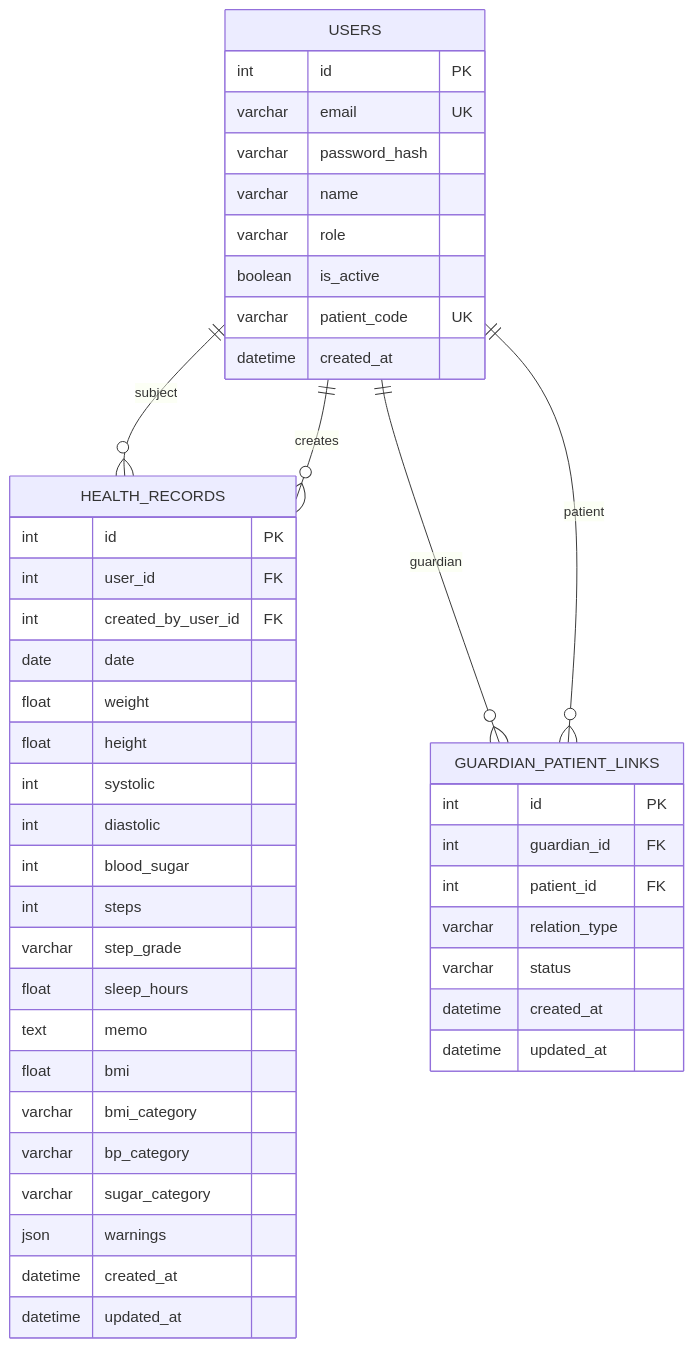
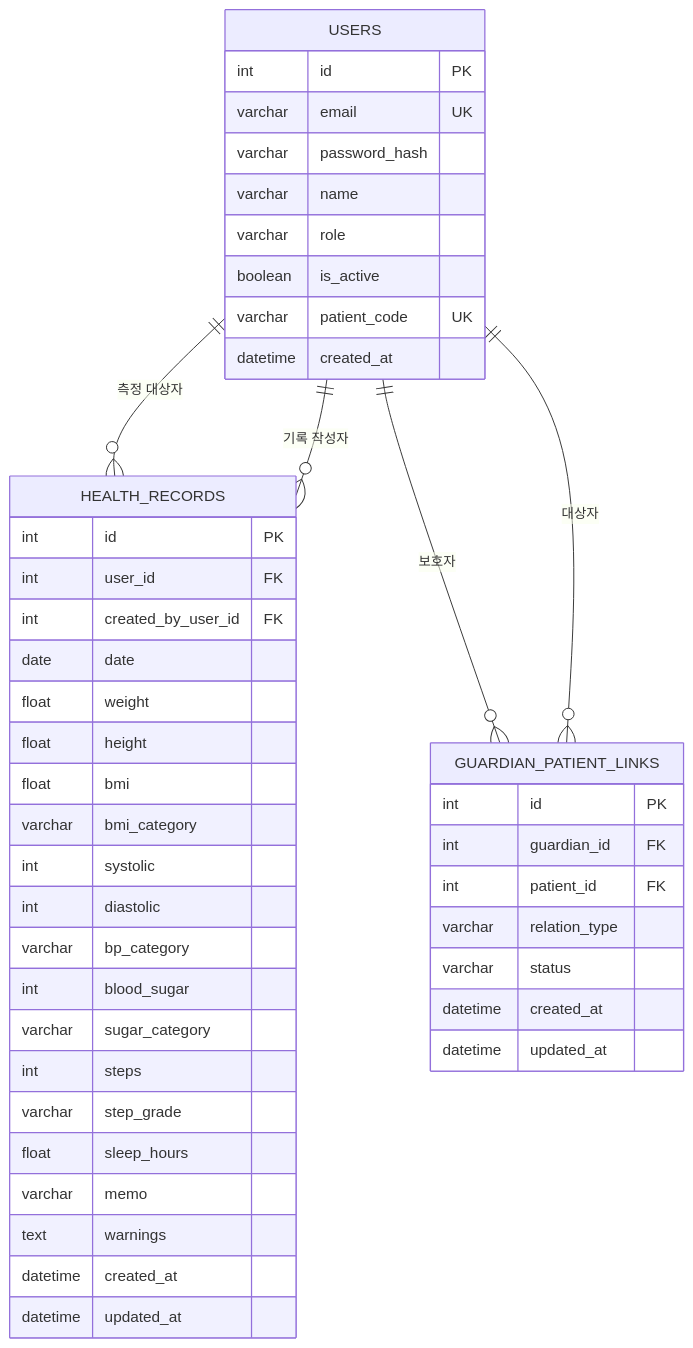
One commit to i-dAb-i/my-health-log-api changed the diagram in docs/erd.md. Above: the diagram before and after it, drawn with Mermaid. The commit also changed other lines of this file and 5 other files, not shown here.

Commit message:
docs: add final PRD ERD README and screenshots

````diff
--- a/docs/erd.md
+++ b/docs/erd.md
@@ -3,51 +17,51 @@
 ```mermaid
 erDiagram
-    USERS ||--o{ HEALTH_RECORDS : subject
-    USERS ||--o{ HEALTH_RECORDS : creates
-    USERS ||--o{ GUARDIAN_PATIENT_LINKS : guardian
-    USERS ||--o{ GUARDIAN_PATIENT_LINKS : patient
-
     USERS {
         int id PK
         varchar email UK
         varchar password_hash
         varchar name
         varchar role
         boolean is_active
         varchar patient_code UK
         datetime created_at
     }
 
     GUARDIAN_PATIENT_LINKS {
         int id PK
         int guardian_id FK
         int patient_id FK
         varchar relation_type
         varchar status
         datetime created_at
         datetime updated_at
     }
 
     HEALTH_RECORDS {
         int id PK
         int user_id FK
         int created_by_user_id FK
         date date
         float weight
         float height
+        float bmi
+        varchar bmi_category
         int systolic
         int diastolic
+        varchar bp_category
         int blood_sugar
+        varchar sugar_category
         int steps
         varchar step_grade
         float sleep_hours
-        text memo
-        float bmi
-        varchar bmi_category
-        varchar bp_category
-        varchar sugar_category
-        json warnings
+        varchar memo
+        text warnings
         datetime created_at
         datetime updated_at
     }
+
+    USERS ||--o{ HEALTH_RECORDS : "측정 대상자"
+    USERS ||--o{ HEALTH_RECORDS : "기록 작성자"
+    USERS ||--o{ GUARDIAN_PATIENT_LINKS : "보호자"
+    USERS ||--o{ GUARDIAN_PATIENT_LINKS : "대상자"
 ```
````
